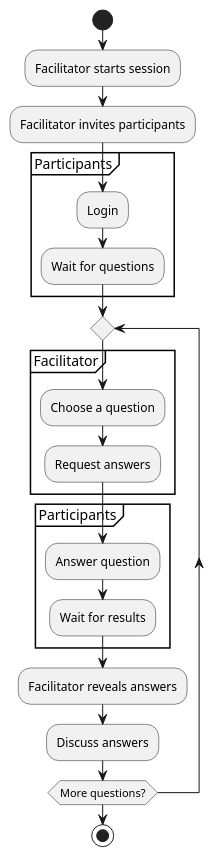
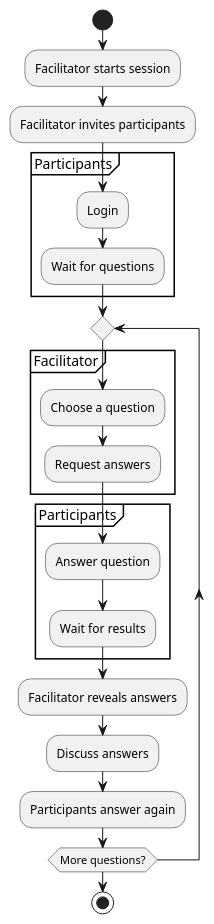
Before and after one commit to jacobduijzer/DevOpsQuickScan: the diagram in docs/assets/application_flow.pu, drawn with PlantUML. The commit also changed 8 other files, not shown here.

```diff
--- a/docs/assets/application_flow.pu
+++ b/docs/assets/application_flow.pu
@@ -1,30 +1,31 @@
 @startuml
 start
 
 :Facilitator starts session;
 :Facilitator invites participants;
 
 partition Participants {
   :Login;
   :Wait for questions;
 }
 
 repeat
 
     partition Facilitator {
     :Choose a question;
     :Request answers;
     }
 
     partition Participants {
     :Answer question;
     :Wait for results;
     }
 
     :Facilitator reveals answers;
     :Discuss answers;
 
+  :Participants answer again;
 repeat while (More questions?)
 
 stop
 @enduml
```
